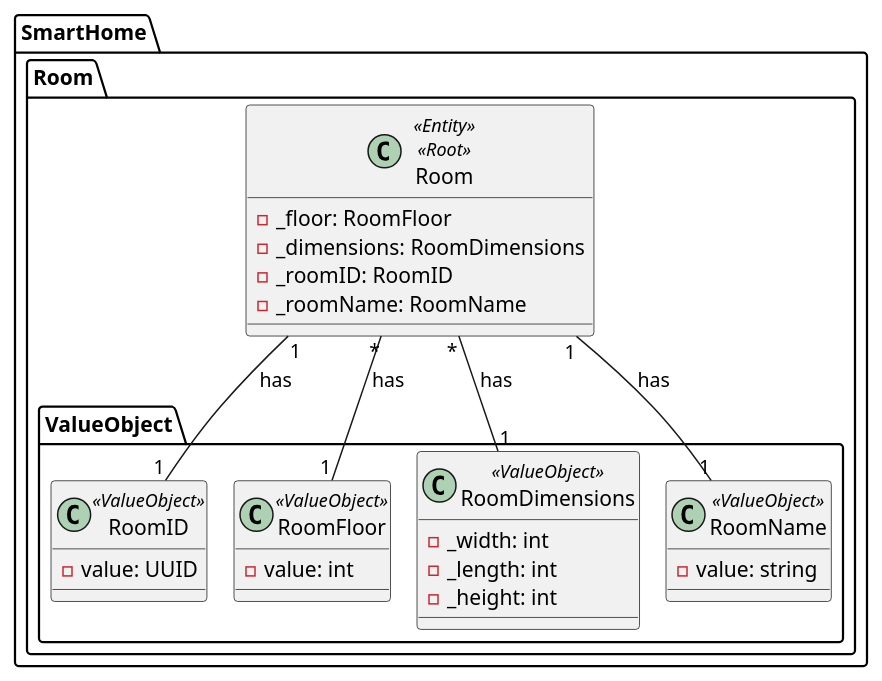
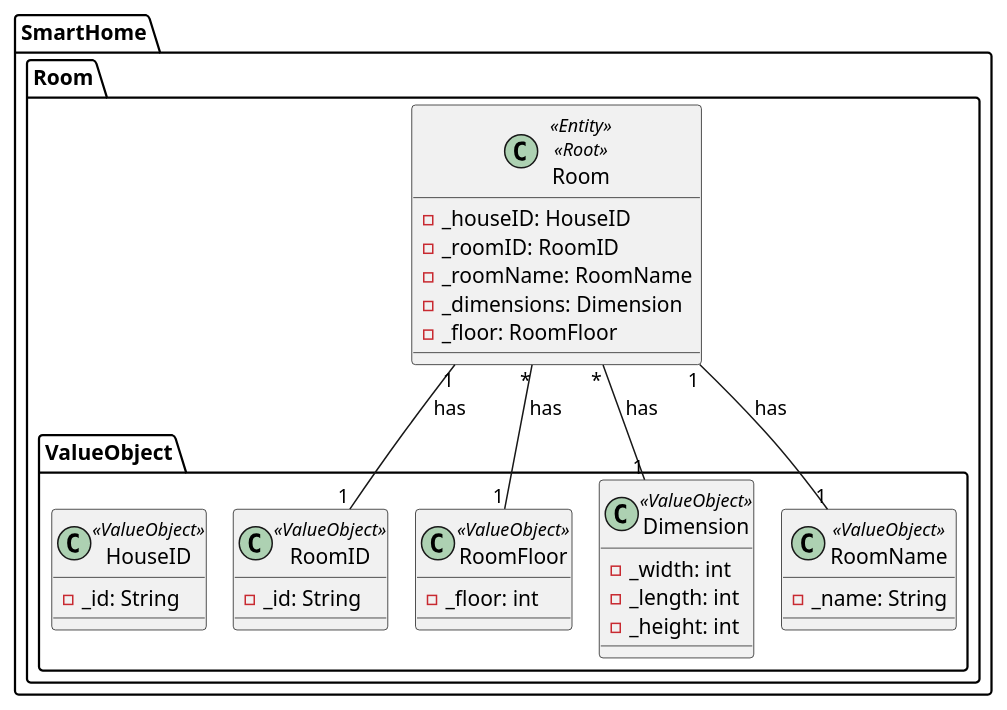
One commit to olivDiogo/SmartHome changed the diagram in docs/general/agreggateModels/Room.puml. Above: the diagram before and after it, drawn with PlantUML. The commit also changed 9 other files, not shown here.

```diff
--- a/docs/general/agreggateModels/Room.puml
+++ b/docs/general/agreggateModels/Room.puml
@@ -1,34 +1,38 @@
 @startuml
 !pragma layout smetana
 
 package SmartHome.Room {
   class Room<<Entity>><<Root>>{
-    -_floor: RoomFloor
-    -_dimensions: RoomDimensions
+    -_houseID: HouseID
     -_roomID: RoomID
     -_roomName: RoomName
+    -_dimensions: Dimension
+    -_floor: RoomFloor
   }
 
   package ValueObject {
     class RoomID<<ValueObject>>{
-      -value: UUID
+      -_id: String
         }
     class RoomFloor<<ValueObject>>{
-      -value: int
+      -_floor: int
         }
-    class RoomDimensions<<ValueObject>>{
+    class Dimension<<ValueObject>>{
     -_width: int
     -_length: int
     -_height: int
     }
     class RoomName<<ValueObject>>{
-      -value: string
+      -_name: String
+        }
+    class HouseID<<ValueObject>>{
+      -_id: String
         }
   }
 
-Room "*" -- "1" RoomDimensions: has
+Room "*" -- "1" Dimension: has
 Room "*" -- "1" RoomFloor: has
 Room "1" -- "1" RoomID: has
 Room "1" -- "1" RoomName: has
 
 @enduml
```
